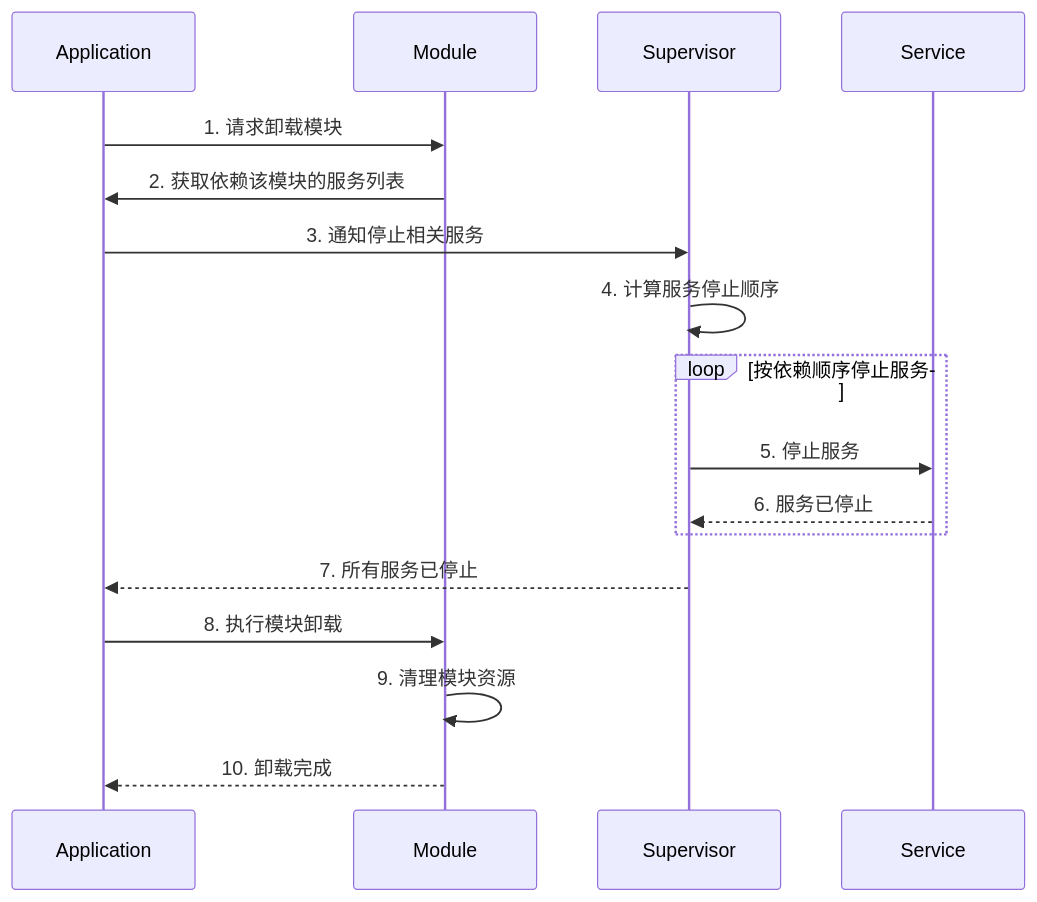
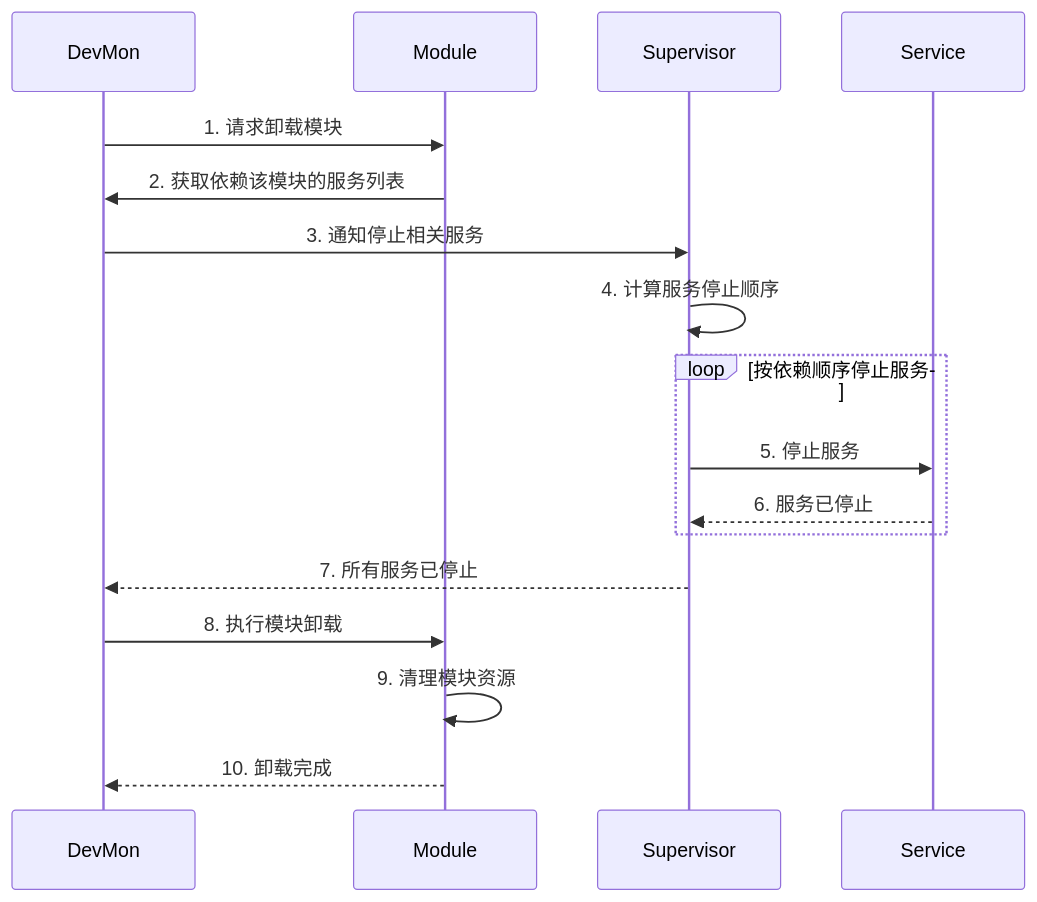
Before and after one commit to RobertJYang/libmcpp: the fourth of 8 diagrams in docs/2.application_design.md, drawn with Mermaid. The commit also changed other lines of this file and 1 other file, not shown here.

````diff
--- a/docs/2.application_design.md
+++ b/docs/2.application_design.md
@@ -373,20 +373,20 @@
 ```mermaid
 sequenceDiagram
-    participant App as Application
+    participant App as DevMon
     participant Mod as Module
     participant Sup as Supervisor
     participant Svc as Service
     
     App->>Mod: 1. 请求卸载模块
     Mod->>App: 2. 获取依赖该模块的服务列表
     App->>Sup: 3. 通知停止相关服务
     Sup->>Sup: 4. 计算服务停止顺序
     loop 按依赖顺序停止服务
         Sup->>Svc: 5. 停止服务
         Svc-->>Sup: 6. 服务已停止
     end
     Sup-->>App: 7. 所有服务已停止
     App->>Mod: 8. 执行模块卸载
     Mod->>Mod: 9. 清理模块资源
     Mod-->>App: 10. 卸载完成
 ```
````
